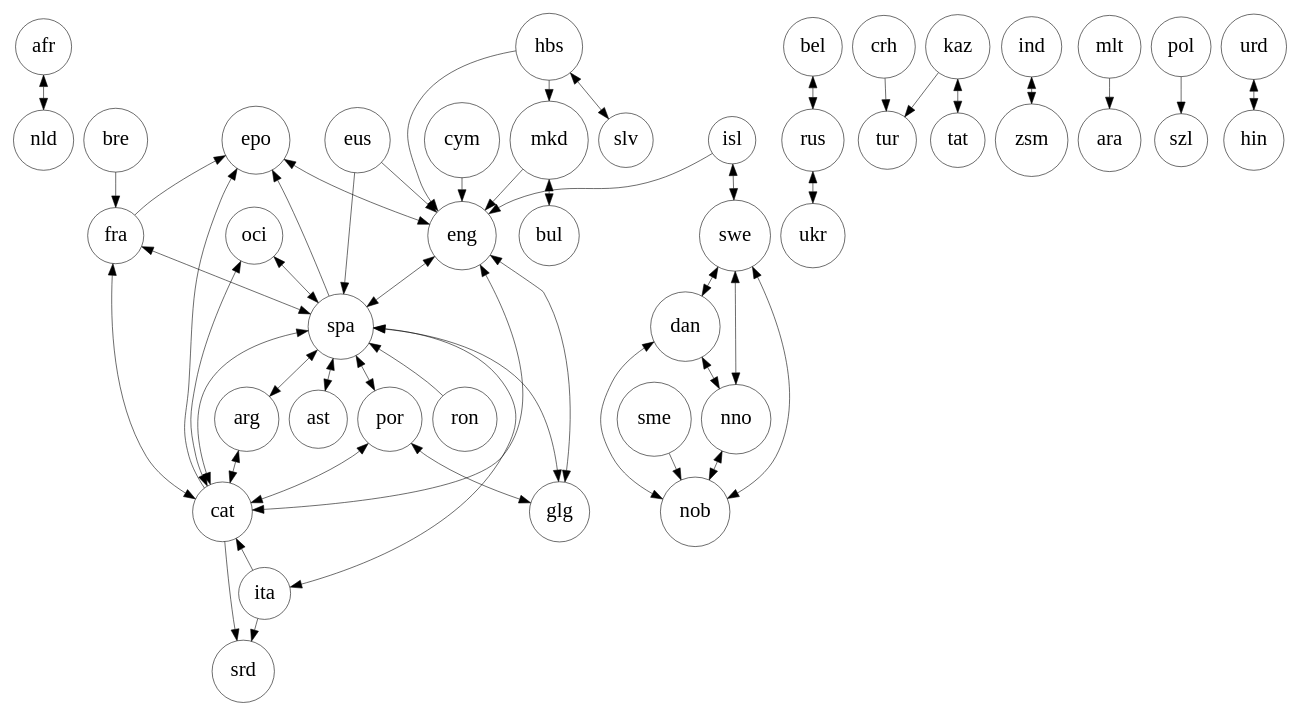
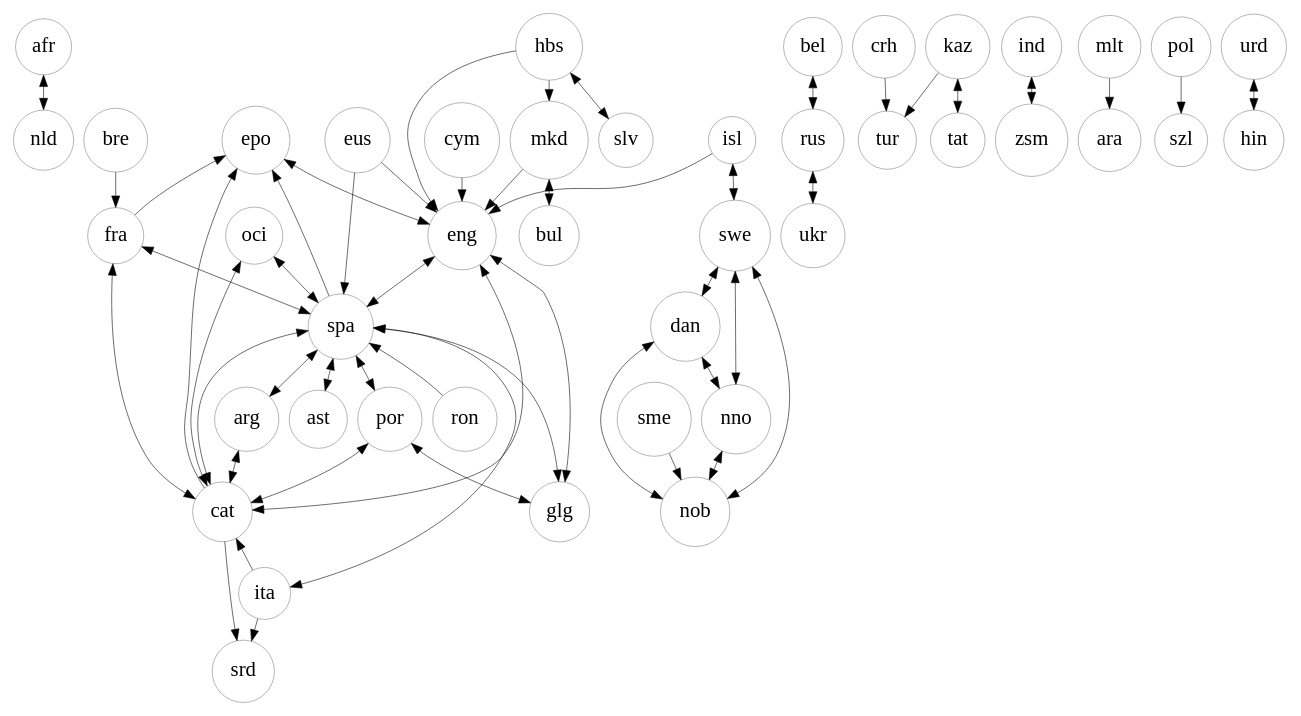
One commit to apertium/organisation changed the diagram in posters/lt4all/Images/pairs.dot. Above: the diagram before and after it, drawn with Graphviz. The commit also changed 2 other files, not shown here.

```diff
--- a/posters/lt4all/Images/pairs.dot
+++ b/posters/lt4all/Images/pairs.dot
@@ -1,57 +1,57 @@
 digraph G {
 size ="12,8" ;
-node [shape=circle; fontsize=36] ;
+node [color=gray,shape=circle; fontsize=36] ;
 edge [arrowsize=2] ;
 afr -> nld [dir=both] ;
 arg -> cat [dir=both] ;
 bel -> rus [dir=both] ;
 bre -> fra ;
 cat -> ita [dir=back] ;
 cat -> srd ;
 crh -> tur ;
 cym -> eng  ;
 dan -> nno [dir=both] ;
 dan -> nob [dir=both] ;
 eng -> cat [dir=both] ;
 eng -> spa [dir=both] ;
 eng -> glg [dir=both] ;
 epo -> cat [dir=back] ;
 epo -> eng [dir=both] ;
 epo -> spa [dir=back] ;
 epo -> fra [dir=back] ;
 spa -> arg [dir=both] ;
 spa -> ast [dir=both] ;
 spa -> cat [dir=both] ;
 spa -> glg [dir=both] ;
 spa -> ita [dir=both] ;
 spa -> por [dir=both] ;
 spa -> ron [dir=back] ;
 eus -> eng ;
 eus -> spa  ;
 fra -> cat [dir=both] ;
 fra -> spa [dir=both] ;
 hbs -> eng  ;
 hbs -> mkd  ;
 hbs -> slv [dir=both] ;
 ind -> zsm [dir=both] ;
 isl -> eng  ;
 isl -> swe [dir=both] ;
 ita -> srd ;
 kaz -> tat [dir=both] ;
 kaz -> tur  ;
 mkd -> bul [dir=both] ;
 mkd -> eng  ;
 mlt -> ara  ;
 nno -> nob [dir=both] ;
 oci -> cat [dir=both] ;
 oci -> spa [dir=both] ;
 pol -> szl ;
 por -> cat [dir=both] ;
 por -> glg [dir=both] ;
 rus -> ukr [dir=both] ;
 sme -> nob  ;
 swe -> dan [dir=both] ;
 swe -> nob [dir=both] ;
 swe -> nno [dir=both] ;
 urd -> hin [dir=both] ;
 } 
```
